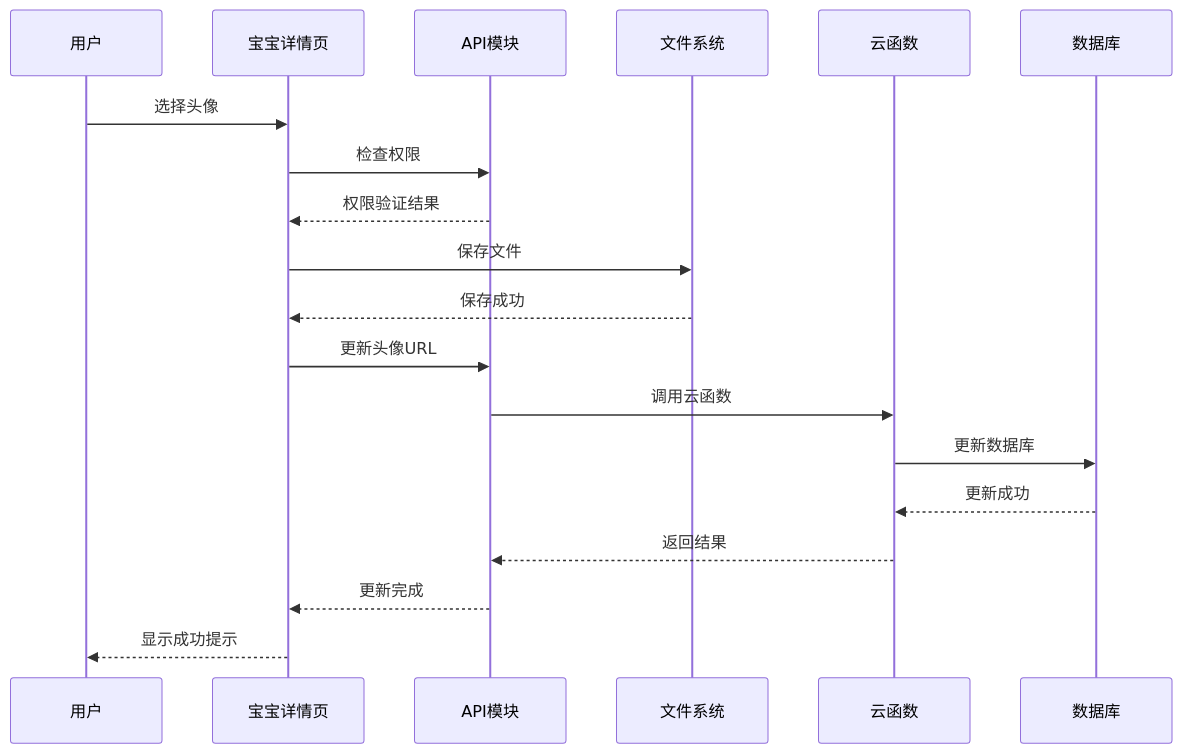
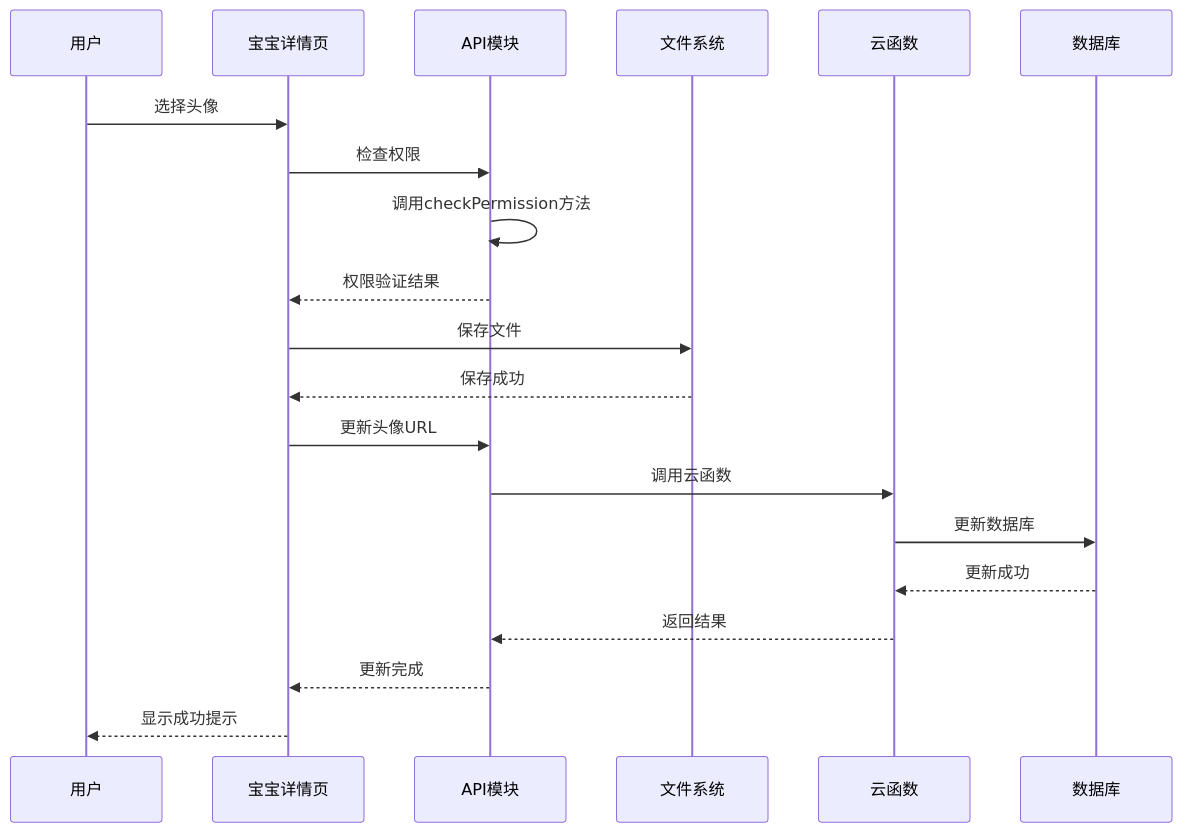
One commit to zhangxin19911211-creator/Project_BabyAssistant changed the fifth of 8 diagrams in .qoder/repowiki/zh/content/核心功能模块/宝宝信息管理.md. Above: the diagram before and after it, drawn with Mermaid. The commit also changed other lines of this file and 24 other files, not shown here.

````diff
--- a/.qoder/repowiki/zh/content/核心功能模块/宝宝信息管理.md
+++ b/.qoder/repowiki/zh/content/核心功能模块/宝宝信息管理.md
@@ -219,21 +237,22 @@
 ```mermaid
 sequenceDiagram
 participant U as 用户
 participant P as 宝宝详情页
 participant A as API模块
 participant FS as 文件系统
 participant C as 云函数
 participant DB as 数据库
 U->>P : 选择头像
 P->>A : 检查权限
+A->>A : 调用checkPermission方法
 A-->>P : 权限验证结果
 P->>FS : 保存文件
 FS-->>P : 保存成功
 P->>A : 更新头像URL
 A->>C : 调用云函数
 C->>DB : 更新数据库
 DB-->>C : 更新成功
 C-->>A : 返回结果
 A-->>P : 更新完成
 P-->>U : 显示成功提示
 ```
````
